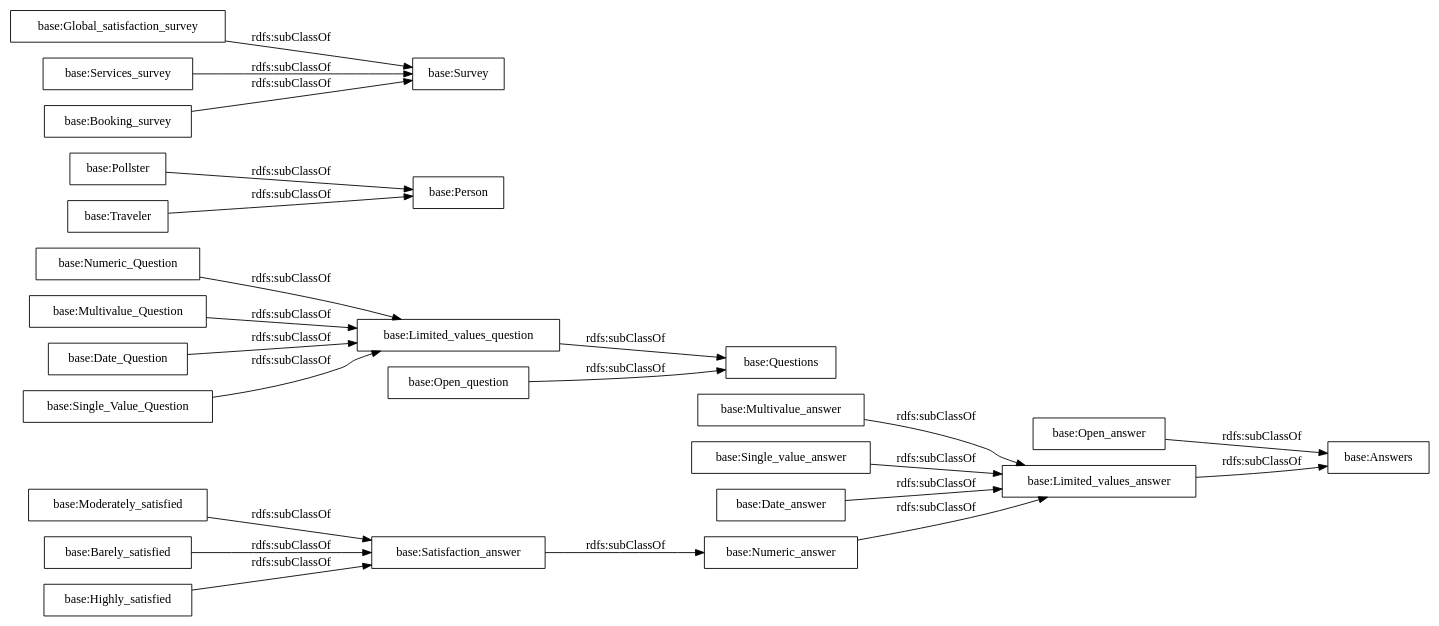
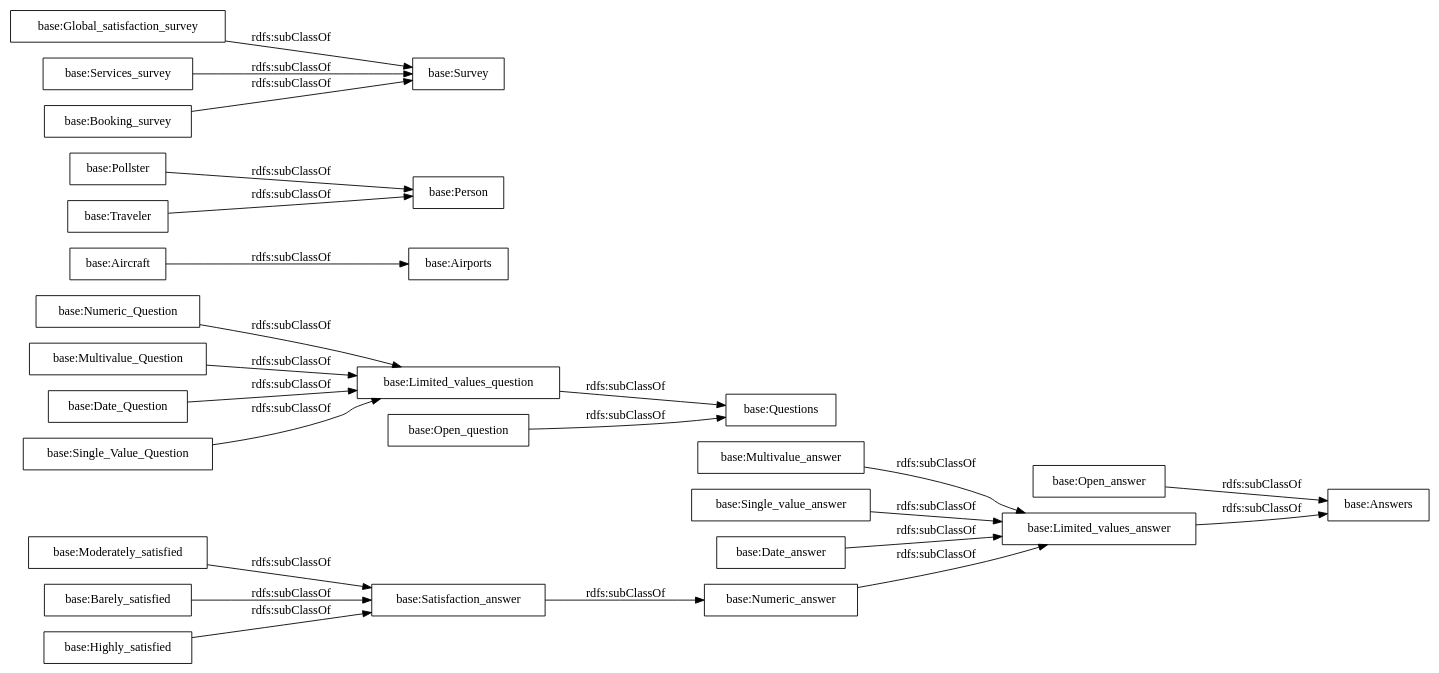
The diagram in OnToology/Ejercicio2_2.ttl/diagrams/ar2dtool-taxonomy/Ejercicio2_2.ttl.png.dot (rchecam/RP_2024_PEC2), drawn with Graphviz before and after one commit. The commit also changed 11 other files, not shown here.

```diff
--- a/OnToology/Ejercicio2_2.ttl/diagrams/ar2dtool-taxonomy/Ejercicio2_2.ttl.png.dot
+++ b/OnToology/Ejercicio2_2.ttl/diagrams/ar2dtool-taxonomy/Ejercicio2_2.ttl.png.dot
@@ -1,27 +1,28 @@
 digraph ar2dtool_diagram { 
 rankdir=LR;
 size="1000"
-node [shape = rectangle, color="black"]; "base:Satisfaction_answer" "base:Numeric_Question" "base:Multivalue_answer" "base:Pollster" "base:Limited_values_question" "base:Single_value_answer" "base:Open_answer" "base:Multivalue_Question" "base:Global_satisfaction_survey" "base:Date_answer" "base:Services_survey" "base:Limited_values_answer" "base:Date_Question" "base:Booking_survey" "base:Moderately_satisfied" "base:Questions" "base:Numeric_answer" "base:Single_Value_Question" "base:Person" "base:Open_question" "base:Barely_satisfied" "base:Survey" "base:Answers" "base:Highly_satisfied" "base:Traveler" ; /*classes style*/
+node [shape = rectangle, color="black"]; "base:Satisfaction_answer" "base:Numeric_Question" "base:Multivalue_answer" "base:Airports" "base:Pollster" "base:Limited_values_question" "base:Single_value_answer" "base:Open_answer" "base:Multivalue_Question" "base:Global_satisfaction_survey" "base:Date_answer" "base:Services_survey" "base:Limited_values_answer" "base:Date_Question" "base:Booking_survey" "base:Moderately_satisfied" "base:Questions" "base:Numeric_answer" "base:Single_Value_Question" "base:Person" "base:Open_question" "base:Barely_satisfied" "base:Survey" "base:Answers" "base:Highly_satisfied" "base:Aircraft" "base:Traveler" ; /*classes style*/
 	"base:Global_satisfaction_survey" -> "base:Survey" [ label = "rdfs:subClassOf" ];
 	"base:Traveler" -> "base:Person" [ label = "rdfs:subClassOf" ];
 	"base:Open_question" -> "base:Questions" [ label = "rdfs:subClassOf" ];
 	"base:Pollster" -> "base:Person" [ label = "rdfs:subClassOf" ];
 	"base:Open_answer" -> "base:Answers" [ label = "rdfs:subClassOf" ];
 	"base:Moderately_satisfied" -> "base:Satisfaction_answer" [ label = "rdfs:subClassOf" ];
 	"base:Date_answer" -> "base:Limited_values_answer" [ label = "rdfs:subClassOf" ];
+	"base:Aircraft" -> "base:Airports" [ label = "rdfs:subClassOf" ];
 	"base:Limited_values_question" -> "base:Questions" [ label = "rdfs:subClassOf" ];
 	"base:Highly_satisfied" -> "base:Satisfaction_answer" [ label = "rdfs:subClassOf" ];
 	"base:Satisfaction_answer" -> "base:Numeric_answer" [ label = "rdfs:subClassOf" ];
 	"base:Numeric_Question" -> "base:Limited_values_question" [ label = "rdfs:subClassOf" ];
 	"base:Date_Question" -> "base:Limited_values_question" [ label = "rdfs:subClassOf" ];
 	"base:Barely_satisfied" -> "base:Satisfaction_answer" [ label = "rdfs:subClassOf" ];
 	"base:Limited_values_answer" -> "base:Answers" [ label = "rdfs:subClassOf" ];
 	"base:Booking_survey" -> "base:Survey" [ label = "rdfs:subClassOf" ];
 	"base:Multivalue_Question" -> "base:Limited_values_question" [ label = "rdfs:subClassOf" ];
 	"base:Services_survey" -> "base:Survey" [ label = "rdfs:subClassOf" ];
 	"base:Single_value_answer" -> "base:Limited_values_answer" [ label = "rdfs:subClassOf" ];
 	"base:Numeric_answer" -> "base:Limited_values_answer" [ label = "rdfs:subClassOf" ];
 	"base:Multivalue_answer" -> "base:Limited_values_answer" [ label = "rdfs:subClassOf" ];
 	"base:Single_Value_Question" -> "base:Limited_values_question" [ label = "rdfs:subClassOf" ];
 
 }
```
